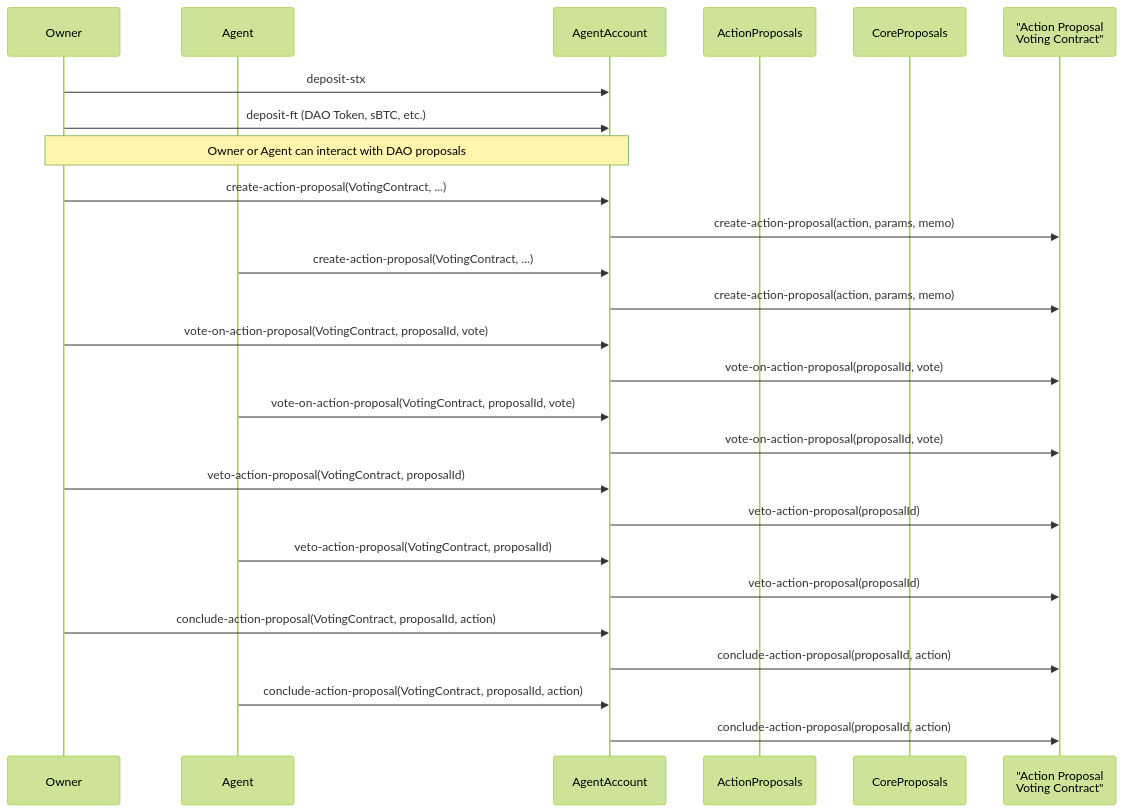
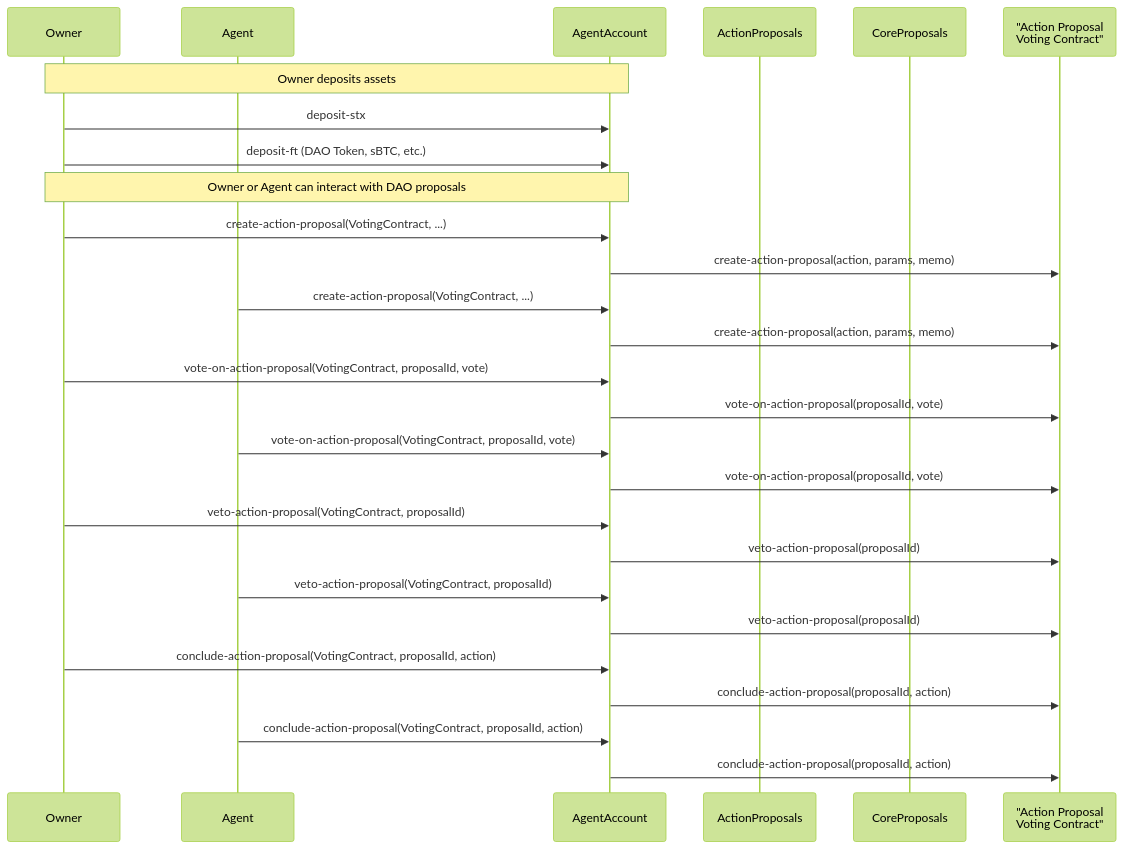
The second of 3 diagrams in aibtc-contracts/agent-account/README.md (aibtcdev/aibtcdev-docs), drawn with Mermaid (forest theme) before and after one commit. The commit also changed other lines of this file, not shown here.

Commit message:
feat: Update aibtc-agent-account/README.md to match extension format

````diff
--- a/aibtc-contracts/agent-account/README.md
+++ b/aibtc-contracts/agent-account/README.md
@@ -182,42 +321,43 @@
 ```mermaid
 sequenceDiagram
     participant Owner
     participant Agent
     participant AgentAccount
     participant ActionProposals
     participant CoreProposals
 
     participant Owner
     participant Agent
     participant AgentAccount
     participant VotingContract as "Action Proposal<br/>Voting Contract"
 
+    Note over Owner, AgentAccount: Owner deposits assets
     Owner->>AgentAccount: deposit-stx
     Owner->>AgentAccount: deposit-ft (DAO Token, sBTC, etc.)
 
     Note over Owner, AgentAccount: Owner or Agent can interact with DAO proposals
 
     Owner->>AgentAccount: create-action-proposal(VotingContract, ...)
     AgentAccount->>VotingContract: create-action-proposal(action, params, memo)
 
     Agent->>AgentAccount: create-action-proposal(VotingContract, ...)
     AgentAccount->>VotingContract: create-action-proposal(action, params, memo)
 
     Owner->>AgentAccount: vote-on-action-proposal(VotingContract, proposalId, vote)
     AgentAccount->>VotingContract: vote-on-action-proposal(proposalId, vote)
 
     Agent->>AgentAccount: vote-on-action-proposal(VotingContract, proposalId, vote)
     AgentAccount->>VotingContract: vote-on-action-proposal(proposalId, vote)
 
     Owner->>AgentAccount: veto-action-proposal(VotingContract, proposalId)
     AgentAccount->>VotingContract: veto-action-proposal(proposalId)
 
     Agent->>AgentAccount: veto-action-proposal(VotingContract, proposalId)
     AgentAccount->>VotingContract: veto-action-proposal(proposalId)
 
     Owner->>AgentAccount: conclude-action-proposal(VotingContract, proposalId, action)
     AgentAccount->>VotingContract: conclude-action-proposal(proposalId, action)
 
     Agent->>AgentAccount: conclude-action-proposal(VotingContract, proposalId, action)
     AgentAccount->>VotingContract: conclude-action-proposal(proposalId, action)
 ```
````
